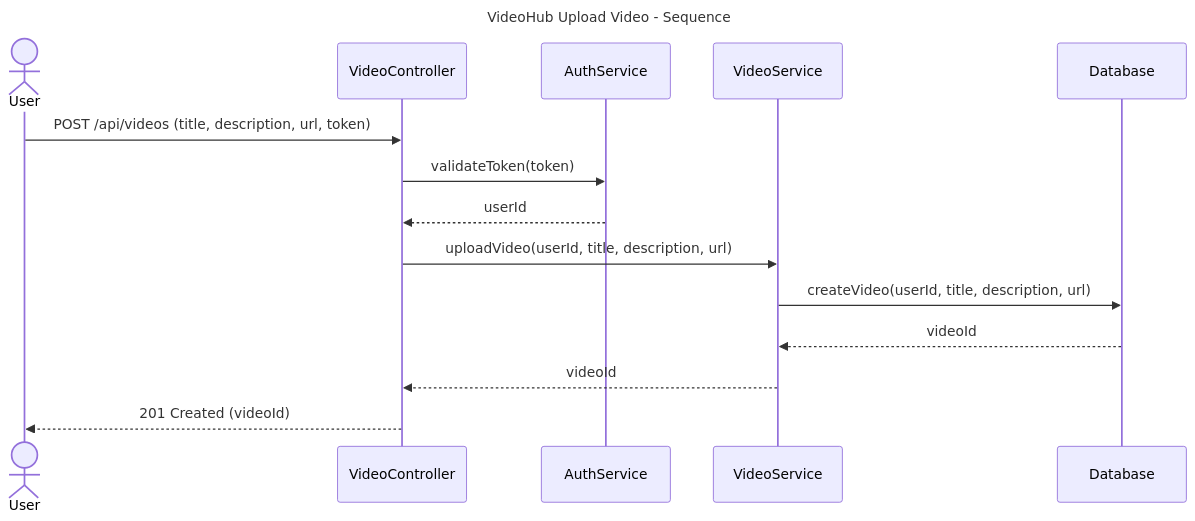
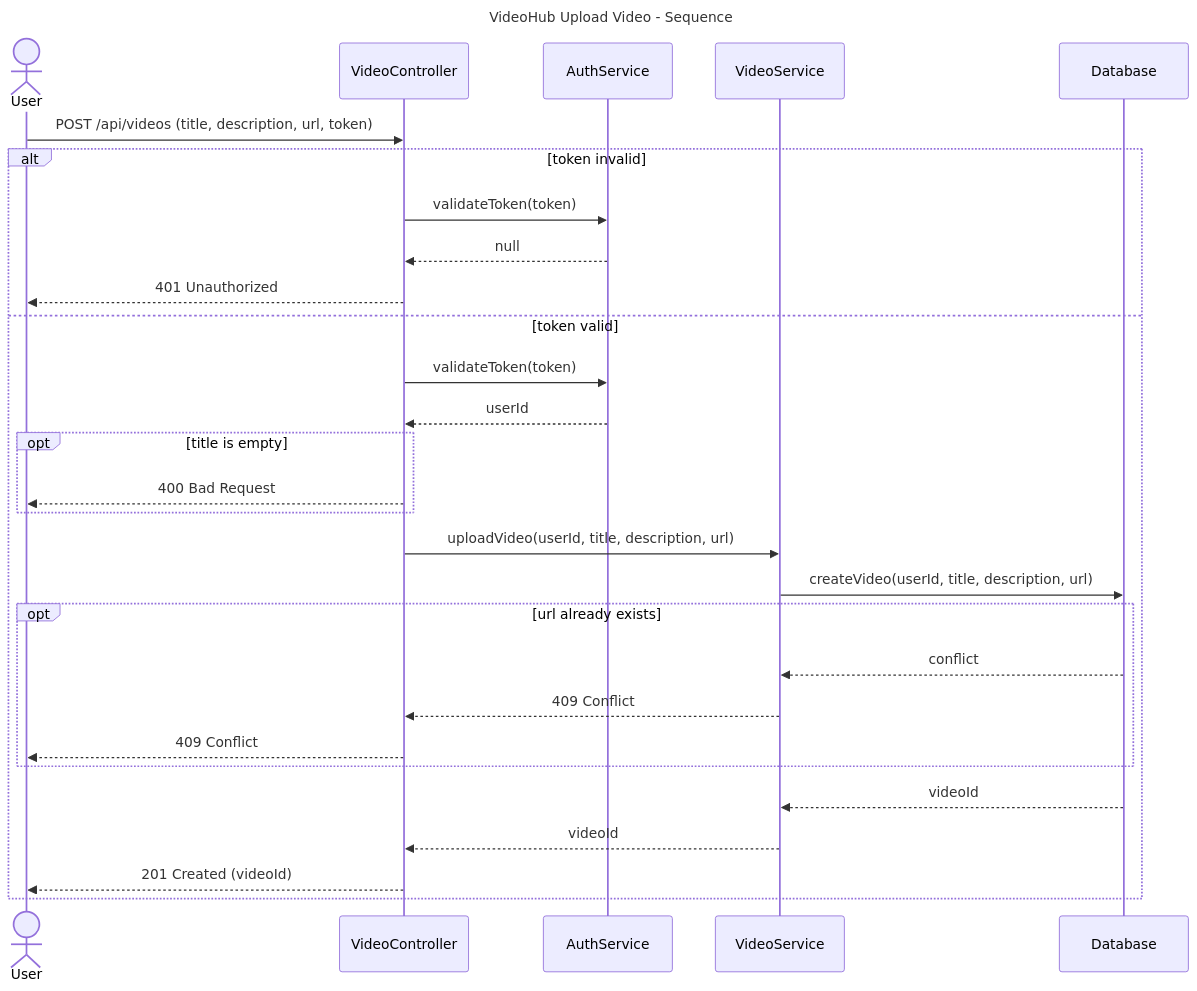
One commit to ezpectus/kpi2__Mavpz-Labs changed the diagram in Labs/lab3-sequence/model/sequence.mmd. Above: the diagram before and after it, drawn with Mermaid.

Commit message:
fix - add alt/opt error branches

```diff
--- a/Labs/lab3-sequence/model/sequence.mmd
+++ b/Labs/lab3-sequence/model/sequence.mmd
@@ -1,18 +1,37 @@
 ---
 title: VideoHub Upload Video - Sequence
 ---
 sequenceDiagram
     actor User
     participant VideoController
     participant AuthService
     participant VideoService
     participant Database
 
     User->>VideoController: POST /api/videos (title, description, url, token)
-    VideoController->>AuthService: validateToken(token)
-    AuthService-->>VideoController: userId
-    VideoController->>VideoService: uploadVideo(userId, title, description, url)
-    VideoService->>Database: createVideo(userId, title, description, url)
-    Database-->>VideoService: videoId
-    VideoService-->>VideoController: videoId
-    VideoController-->>User: 201 Created (videoId)
+
+    alt token invalid
+        VideoController->>AuthService: validateToken(token)
+        AuthService-->>VideoController: null
+        VideoController-->>User: 401 Unauthorized
+    else token valid
+        VideoController->>AuthService: validateToken(token)
+        AuthService-->>VideoController: userId
+
+        opt title is empty
+            VideoController-->>User: 400 Bad Request
+        end
+
+        VideoController->>VideoService: uploadVideo(userId, title, description, url)
+        VideoService->>Database: createVideo(userId, title, description, url)
+
+        opt url already exists
+            Database-->>VideoService: conflict
+            VideoService-->>VideoController: 409 Conflict
+            VideoController-->>User: 409 Conflict
+        end
+
+        Database-->>VideoService: videoId
+        VideoService-->>VideoController: videoId
+        VideoController-->>User: 201 Created (videoId)
+    end
```
